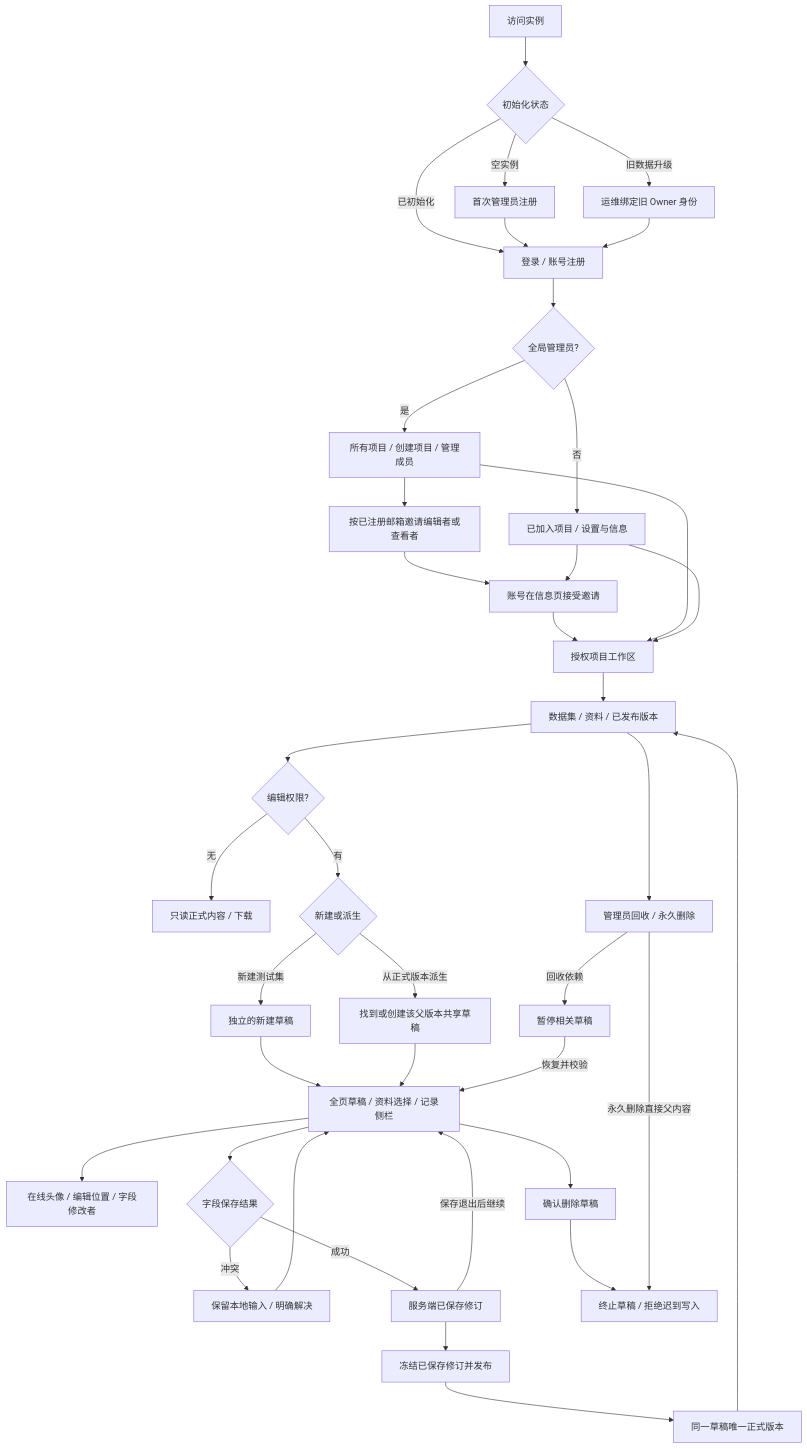
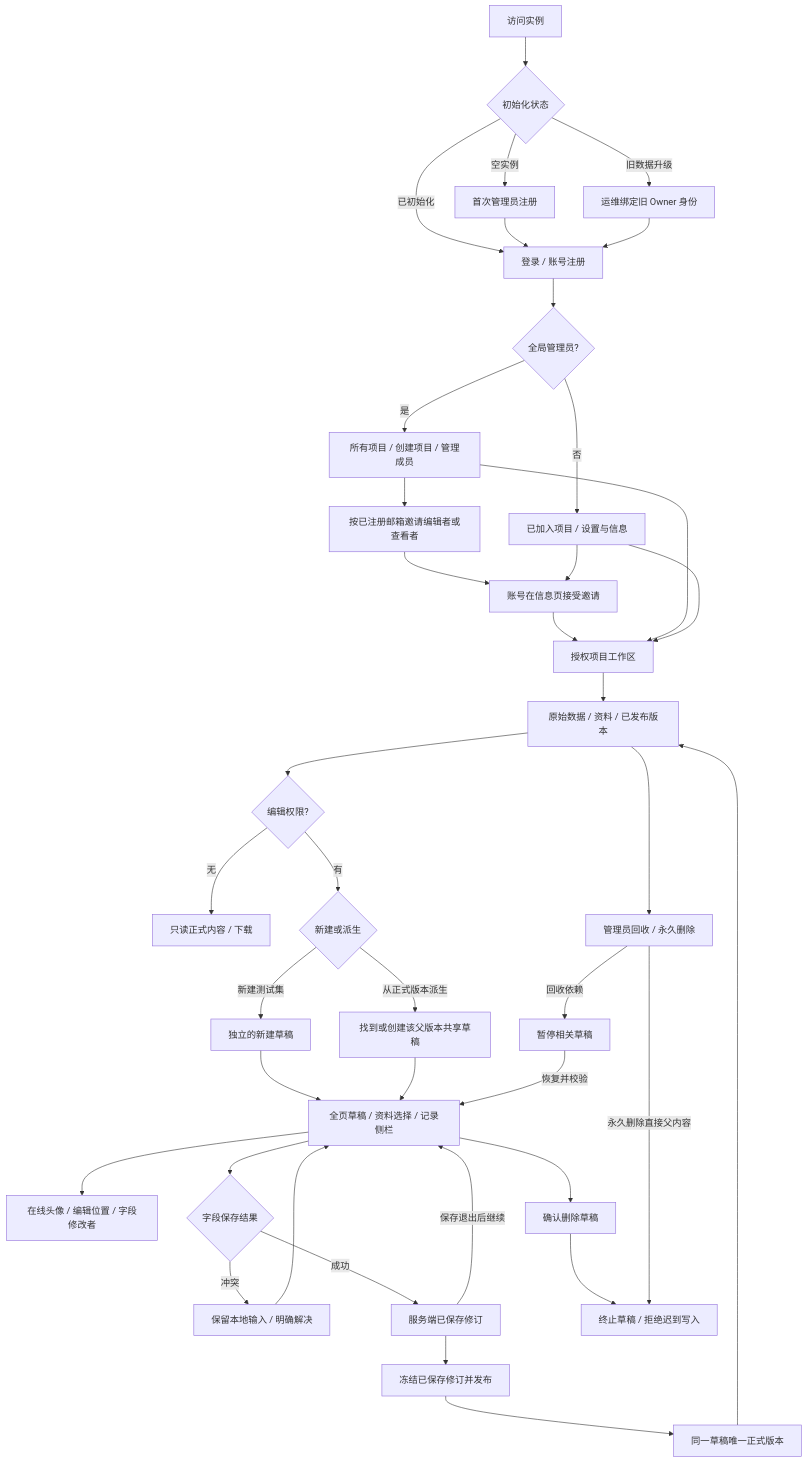
One commit to iflabx/evalbase changed the diagram in docs/system-flow-evalbase-v2.md. Above: the diagram before and after it, drawn with Mermaid. The commit also changed 18 other files, not shown here.

````diff
--- a/docs/system-flow-evalbase-v2.md
+++ b/docs/system-flow-evalbase-v2.md
@@ -5,41 +5,41 @@
 ```mermaid
 flowchart TD
   A[访问实例] --> B{初始化状态}
   B -->|空实例| C[首次管理员注册]
   B -->|旧数据升级| D[运维绑定旧 Owner 身份]
   B -->|已初始化| E[登录 / 账号注册]
   C --> E
   D --> E
   E --> F{全局管理员?}
   F -->|是| G[所有项目 / 创建项目 / 管理成员]
   F -->|否| H[已加入项目 / 设置与信息]
   G --> I[按已注册邮箱邀请编辑者或查看者]
   I --> J[账号在信息页接受邀请]
   H --> J
   J --> K[授权项目工作区]
   G --> K
   H --> K
-  K --> L[数据集 / 资料 / 已发布版本]
+  K --> L[原始数据 / 资料 / 已发布版本]
   L --> M{编辑权限?}
   M -->|无| N[只读正式内容 / 下载]
   M -->|有| O{新建或派生}
   O -->|新建测试集| P[独立的新建草稿]
   O -->|从正式版本派生| Q[找到或创建该父版本共享草稿]
   P --> R[全页草稿 / 资料选择 / 记录侧栏]
   Q --> R
   R --> S[在线头像 / 编辑位置 / 字段修改者]
   R --> T{字段保存结果}
   T -->|冲突| U[保留本地输入 / 明确解决]
   U --> R
   T -->|成功| V[服务端已保存修订]
   V -->|保存退出后继续| R
   V --> W[冻结已保存修订并发布]
   W --> X[同一草稿唯一正式版本]
   X --> L
   R --> Y[确认删除草稿]
   Y --> Z[终止草稿 / 拒绝迟到写入]
   L --> AA[管理员回收 / 永久删除]
   AA -->|回收依赖| AB[暂停相关草稿]
   AB -->|恢复并校验| R
   AA -->|永久删除直接父内容| Z
 ```
````
